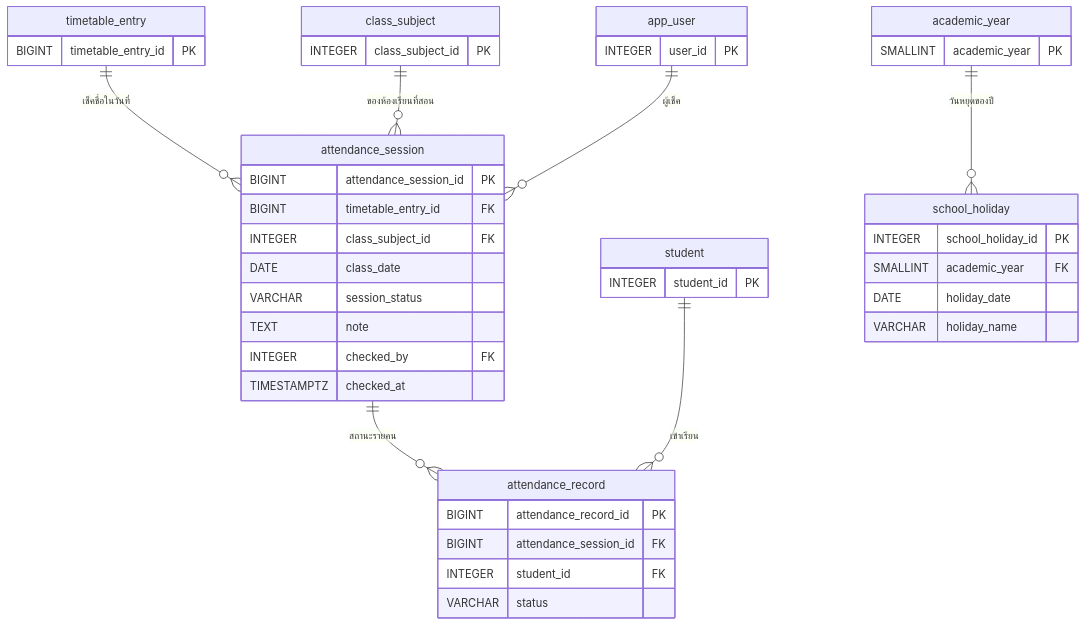
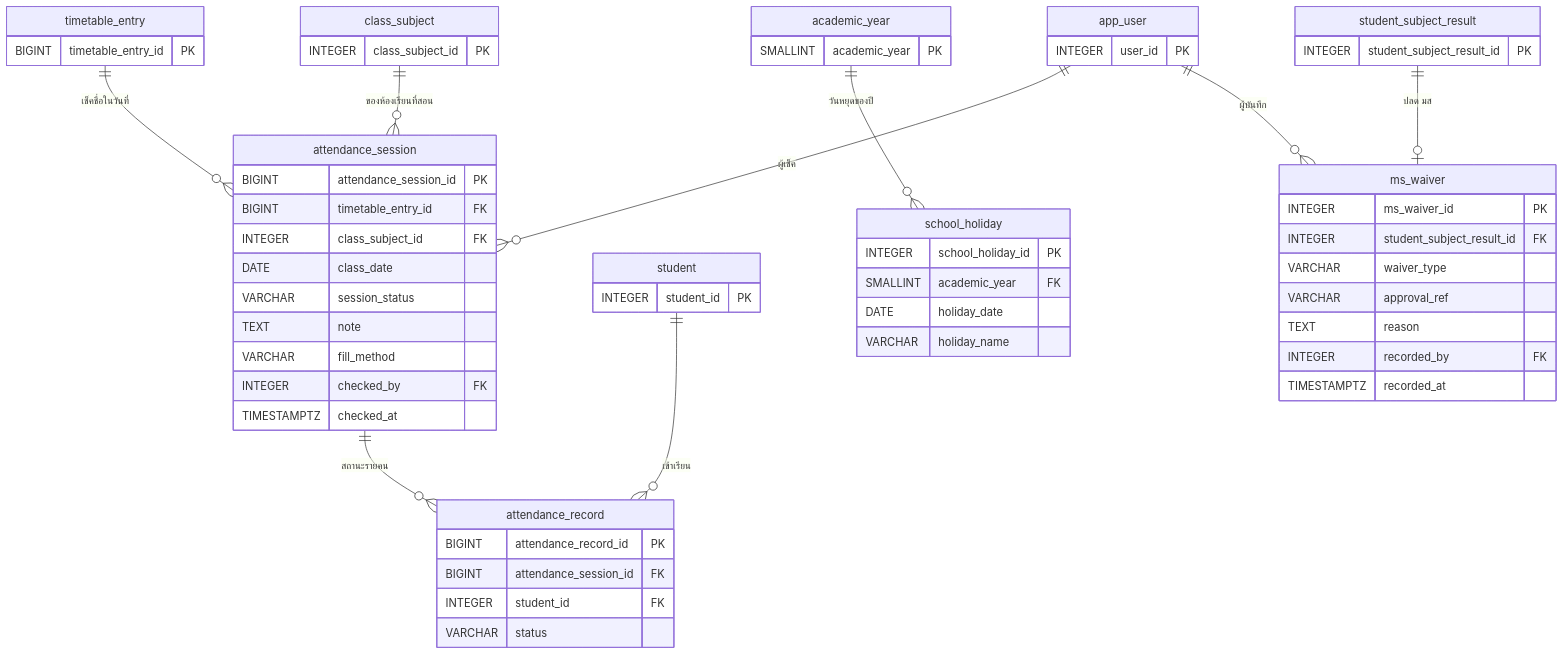
One commit to polymercatzz/Academic changed the diagram in docs/database/04-attendance.md. Above: the diagram before and after it, drawn with Mermaid. The commit also changed other lines of this file and 18 other files, not shown here.

````diff
--- a/docs/database/04-attendance.md
+++ b/docs/database/04-attendance.md
@@ -28,47 +28,62 @@
 ```mermaid
 erDiagram
     timetable_entry ||--o{ attendance_session : "เช็คชื่อในวันที่"
     class_subject ||--o{ attendance_session : "ของห้องเรียนที่สอน"
     app_user ||--o{ attendance_session : "ผู้เช็ค"
     attendance_session ||--o{ attendance_record : "สถานะรายคน"
     student ||--o{ attendance_record : "เข้าเรียน"
     academic_year ||--o{ school_holiday : "วันหยุดของปี"
+    student_subject_result ||--o| ms_waiver : "ปลด มส"
+    app_user ||--o{ ms_waiver : "ผู้บันทึก"
 
     attendance_session {
         BIGINT attendance_session_id PK
         BIGINT timetable_entry_id FK
         INTEGER class_subject_id FK
         DATE class_date
         VARCHAR session_status
         TEXT note
+        VARCHAR fill_method
         INTEGER checked_by FK
         TIMESTAMPTZ checked_at
     }
     attendance_record {
         BIGINT attendance_record_id PK
         BIGINT attendance_session_id FK
         INTEGER student_id FK
         VARCHAR status
     }
     school_holiday {
         INTEGER school_holiday_id PK
         SMALLINT academic_year FK
         DATE holiday_date
         VARCHAR holiday_name
+    }
+    ms_waiver {
+        INTEGER ms_waiver_id PK
+        INTEGER student_subject_result_id FK
+        VARCHAR waiver_type
+        VARCHAR approval_ref
+        TEXT reason
+        INTEGER recorded_by FK
+        TIMESTAMPTZ recorded_at
+    }
+    student_subject_result {
+        INTEGER student_subject_result_id PK
     }
     timetable_entry {
         BIGINT timetable_entry_id PK
     }
     class_subject {
         INTEGER class_subject_id PK
     }
     app_user {
         INTEGER user_id PK
     }
     student {
         INTEGER student_id PK
     }
     academic_year {
         SMALLINT academic_year PK
     }
 ```
````
